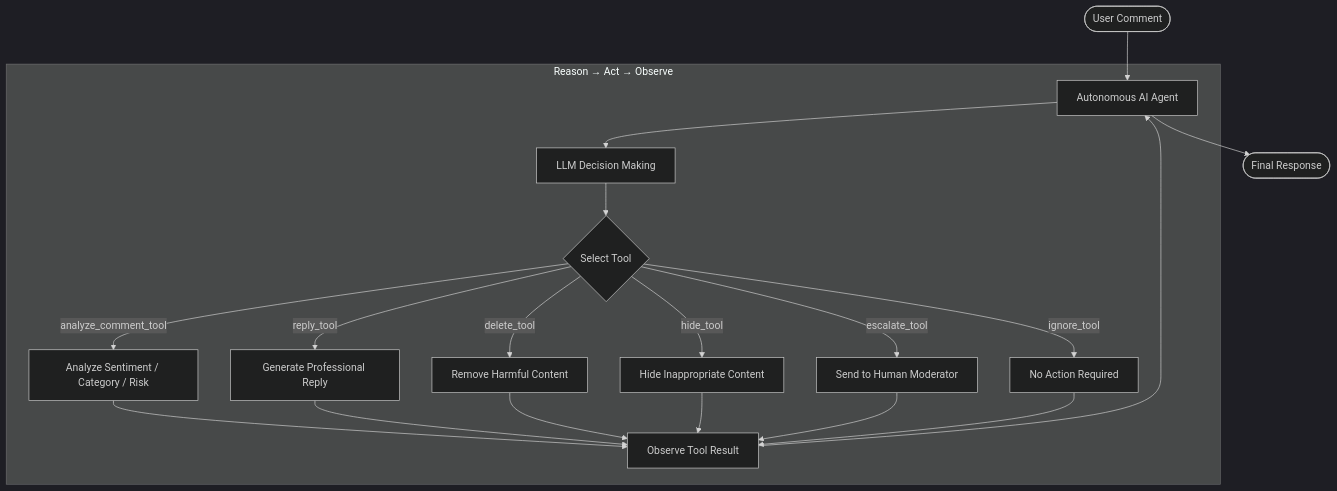
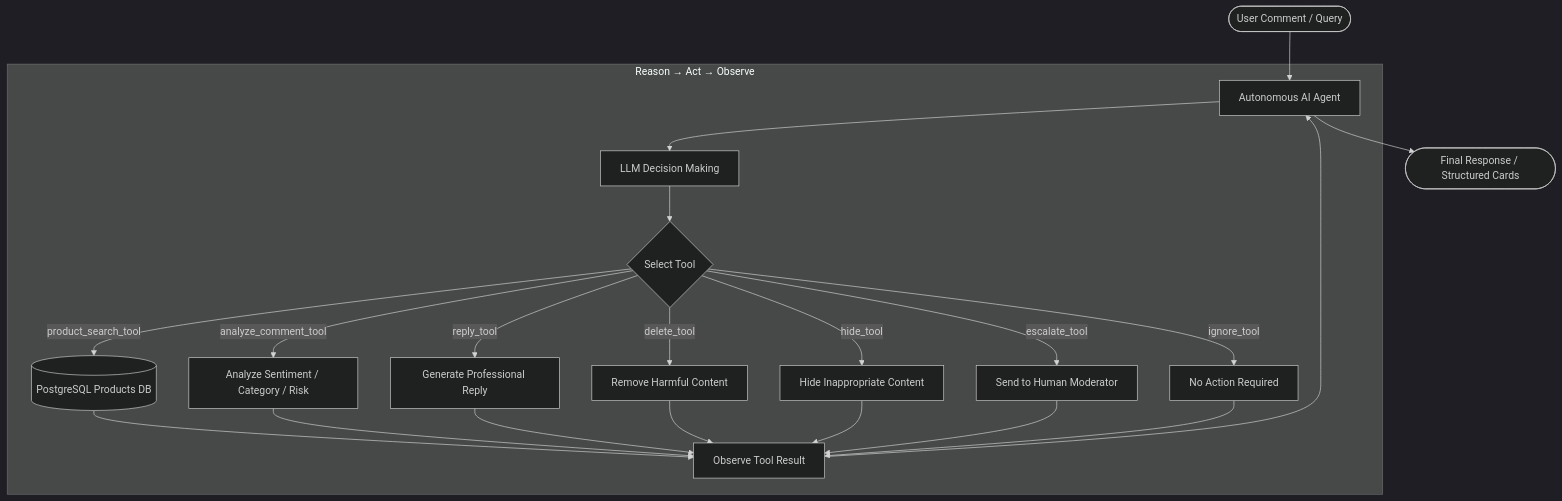
The diagram in README.md (umerfarooq111/Smart-SocialMedia-Agent), drawn with Mermaid (dark theme) before and after one commit. The commit also changed other lines of this file and 10 other files, not shown here.

````diff
--- a/README.md
+++ b/README.md
@@ -65,27 +65,29 @@
 ```mermaid
 graph TD
-    User([User Comment]) --> Agent[Autonomous AI Agent]
+    User([User Comment / Query]) --> Agent[Autonomous AI Agent]
 
     subgraph ReAct Loop [Reason → Act → Observe]
         Agent --> Reason[LLM Decision Making]
         Reason --> Tools{Select Tool}
 
+        Tools -->|product_search_tool| DB[(PostgreSQL Products DB)]
         Tools -->|analyze_comment_tool| Analysis[Analyze Sentiment / Category / Risk]
         Tools -->|reply_tool| Reply[Generate Professional Reply]
         Tools -->|delete_tool| Delete[Remove Harmful Content]
         Tools -->|hide_tool| Hide[Hide Inappropriate Content]
         Tools -->|escalate_tool| Escalate[Send to Human Moderator]
         Tools -->|ignore_tool| Ignore[No Action Required]
 
-        Analysis --> Observe[Observe Tool Result]
+        DB --> Observe[Observe Tool Result]
+        Analysis --> Observe
         Reply --> Observe
         Delete --> Observe
         Hide --> Observe
         Escalate --> Observe
         Ignore --> Observe
 
         Observe --> Agent
     end
 
-    Agent --> Final([Final Response])
+    Agent --> Final([Final Response / Structured Cards])
 ```
````
